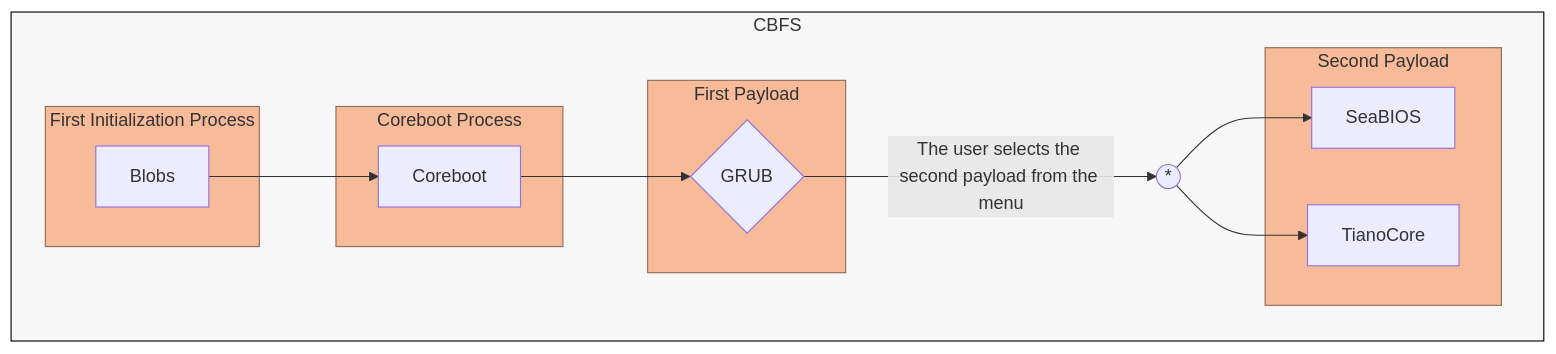
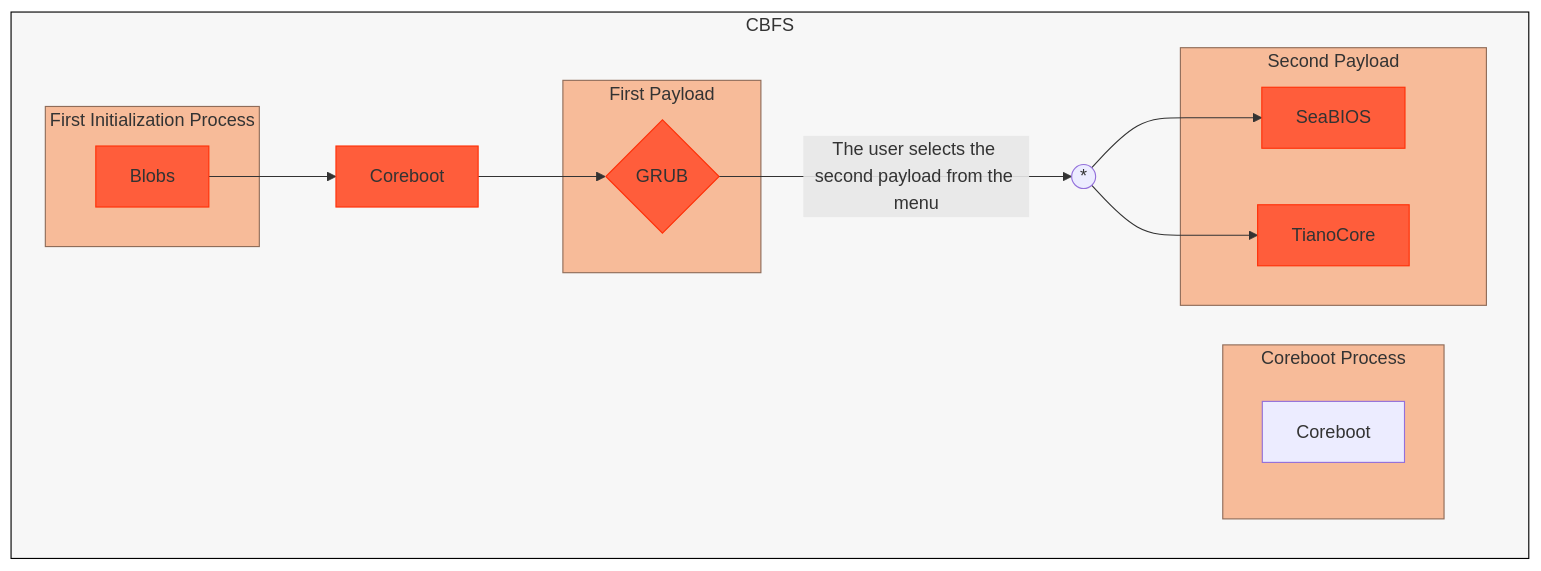
The diagram in README.md (Ch3ckm4t3C1ph3r/Lenovo-Ideapad-320-14ISK-_Coreboot-Adaptation_), drawn with Mermaid before and after one commit.

Commit message:
Refactor diagram nodes and add UART configuration section
Updated diagram nodes in README for clarity and added UART configuration instructions.

````diff
--- a/README.md
+++ b/README.md
@@ -104,37 +104,38 @@
 ```mermaid
 flowchart LR;
     %% Definition of style (and class of style) of each element by id (or by class name)
     style cbfs fill:#f7f7f7,stroke:#000000,stroke-width:1px;
     classDef sbgStyle fill:#F7BB99,stroke:#8F6C59,stroke-width:1px
     classDef nodeStyle fill:#FF5D3B,stroke:#FF3008,stroke-width:1px
     
     subgraph cbfs[CBFS]
         direction LR
 
         %% Not publicly documented boot process
         subgraph sbg1[First Initialization Process]
-        Blobs
+        n1[Blobs]
         end
 
-        Blobs --> Coreboot
+        n1[Blobs] --> n2[Coreboot]
 
         subgraph sbg2[Coreboot Process]
         Coreboot
         end
     
-        Coreboot-->p1{GRUB}
+        n2[Coreboot]-->p1{GRUB}
     
         subgraph sbg3[First Payload]
         p1{GRUB}
         end
     
         p1{GRUB}--The user selects the second payload from the menu-->UNION((*))-->p2_1[SeaBIOS] & p2_2[TianoCore]
     
         subgraph sbg4[Second Payload]
         p2_1[SeaBIOS] & p2_2[TianoCore]
         end
     end
 
     %% Defining the members of each class
     class sbg1,sbg2,sbg3,sbg4 sbgStyle
+    class n1,n2,p1,p2_1,p2_2 nodeStyle
 ```
````
